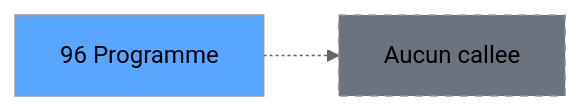
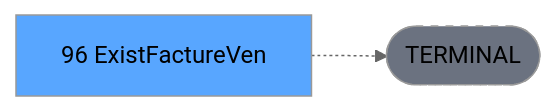
Before and after one commit to thonyAGP/lecteur-magic: the third of 3 diagrams in .openspec/renders/ADH-IDE-96.md, drawn with Mermaid (neutral theme). The commit also changed other lines of this file and 701 other files, not shown here.

````diff
--- a/.openspec/renders/ADH-IDE-96.md
+++ b/.openspec/renders/ADH-IDE-96.md
@@ -130,8 +137,8 @@
 ```mermaid
 graph LR
-    T[96 Programme]
-    NONE[Aucun callee]
-    T -.-> NONE
+    T[96 ExistFactureVen]
+    TERM([TERMINAL])
+    T -.-> TERM
+    style TERM fill:#6b7280,stroke-dasharray: 5 5
     style T fill:#58a6ff,color:#000
-    style NONE fill:#6b7280,stroke-dasharray: 5 5
 ```
````
